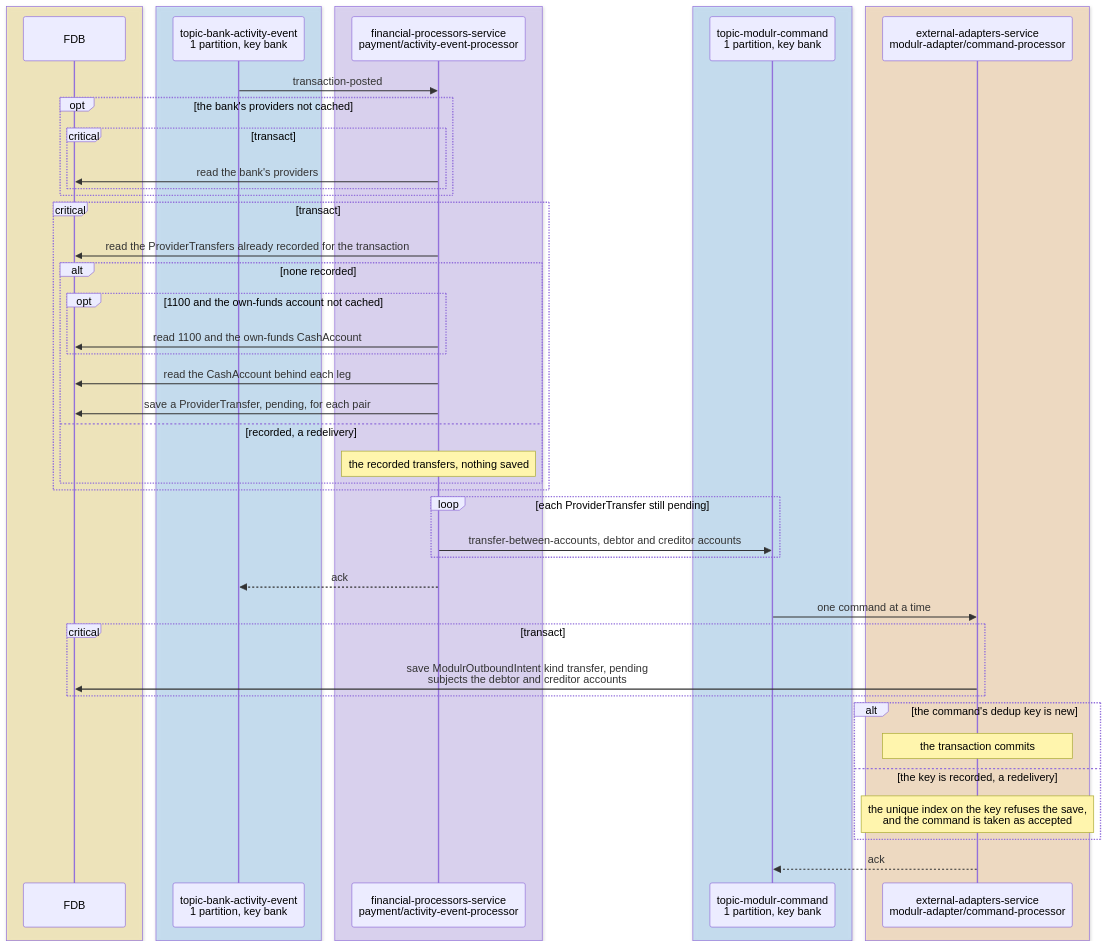
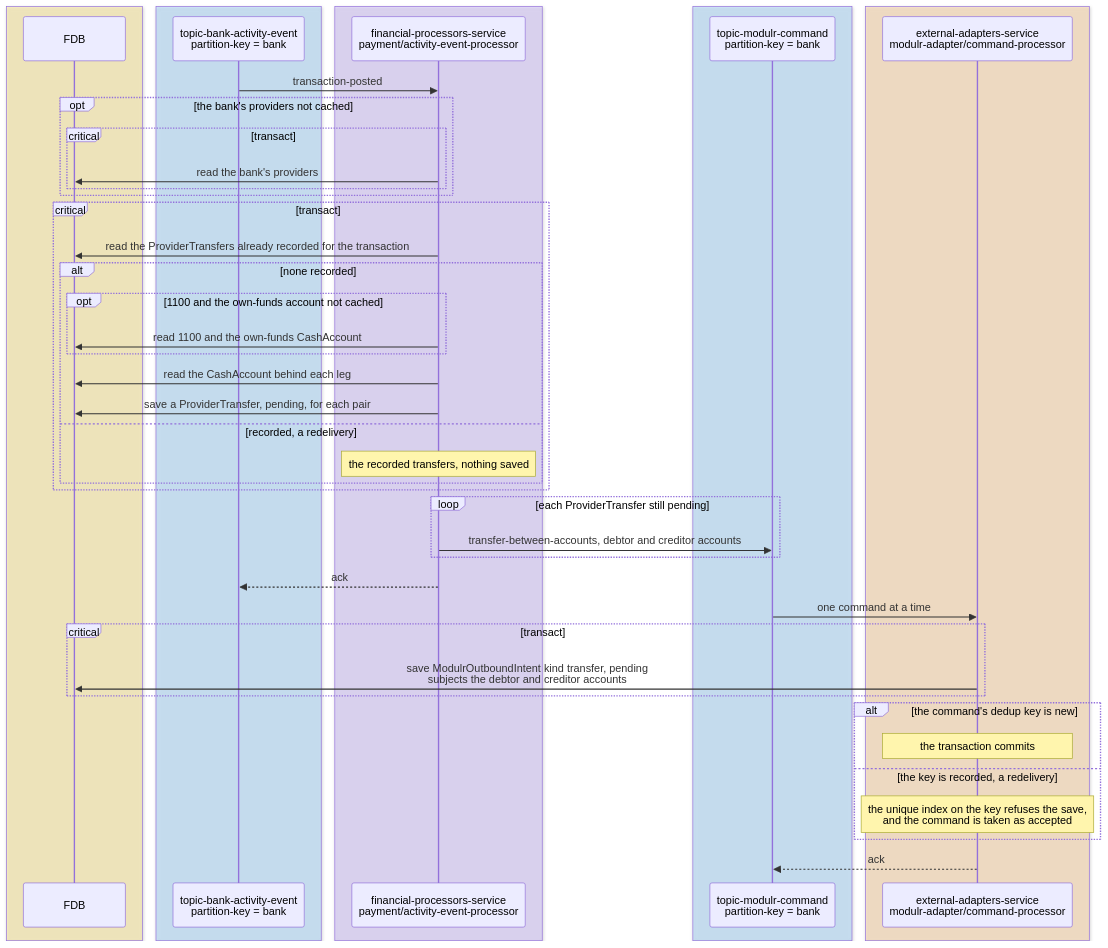
Before and after one commit to repldriven/queenswood: the fifth of 7 diagrams in docs/tdd/payments-internal.md, drawn with Mermaid. The commit also changed other lines of this file, not shown here.

Commit message:
Name each topic's partition key rather than its partition count

````diff
--- a/docs/tdd/payments-internal.md
+++ b/docs/tdd/payments-internal.md
@@ -245,50 +241,50 @@
 ```mermaid
 sequenceDiagram
     box rgba(255, 236, 153, 0.5)
     participant DB as FDB
     end
     box rgba(165, 216, 255, 0.45)
-    participant AE as topic-bank-activity-event<br/>1 partition, key bank
+    participant AE as topic-bank-activity-event<br/>partition-key = bank
     end
     box rgba(208, 191, 255, 0.45)
     participant AP as financial-processors-service<br/>payment/activity-event-processor
     end
     box rgba(165, 216, 255, 0.45)
-    participant MC as topic-modulr-command<br/>1 partition, key bank
+    participant MC as topic-modulr-command<br/>partition-key = bank
     end
     box rgba(255, 216, 168, 0.5)
     participant AD as external-adapters-service<br/>modulr-adapter/command-processor
     end
     AE->>AP: transaction-posted
     opt the bank's providers not cached
     critical transact
     AP->>DB: read the bank's providers
     end
     end
     critical transact
     AP->>DB: read the ProviderTransfers already recorded for the transaction
     alt none recorded
     opt 1100 and the own-funds account not cached
     AP->>DB: read 1100 and the own-funds CashAccount
     end
     AP->>DB: read the CashAccount behind each leg
     AP->>DB: save a ProviderTransfer, pending, for each pair
     else recorded, a redelivery
     Note over AP: the recorded transfers, nothing saved
     end
     end
     loop each ProviderTransfer still pending
     AP->>MC: transfer-between-accounts, debtor and creditor accounts
     end
     AP-->>AE: ack
     MC->>AD: one command at a time
     critical transact
     AD->>DB: save ModulrOutboundIntent kind transfer, pending<br/>subjects the debtor and creditor accounts
     end
     alt the command's dedup key is new
     Note over AD: the transaction commits
     else the key is recorded, a redelivery
     Note over AD: the unique index on the key refuses the save,<br/>and the command is taken as accepted
     end
     AD-->>MC: ack
 ```
````
